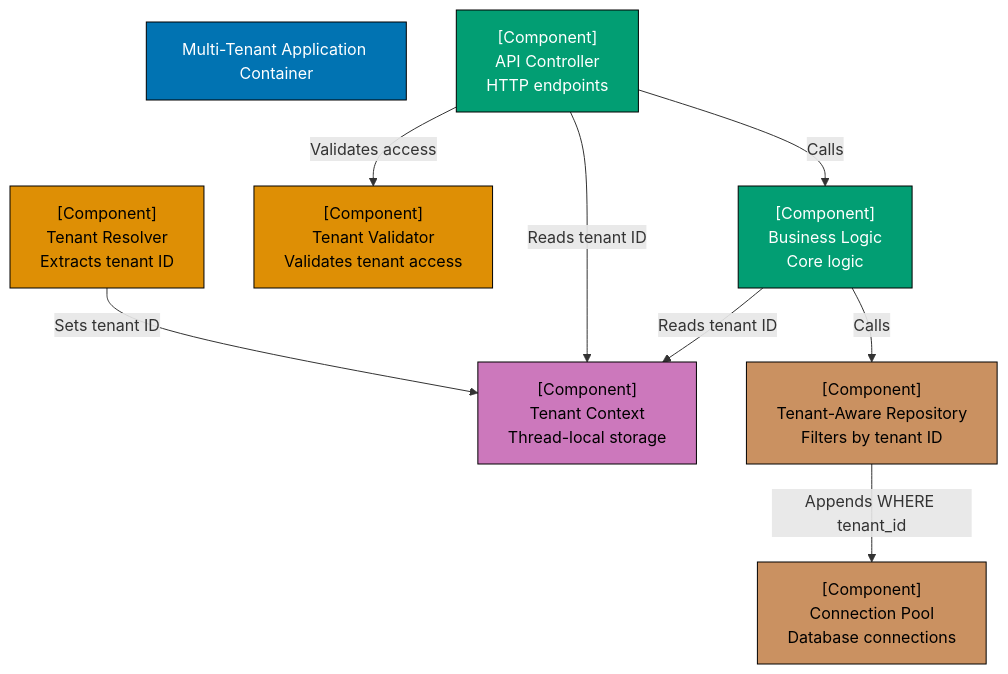
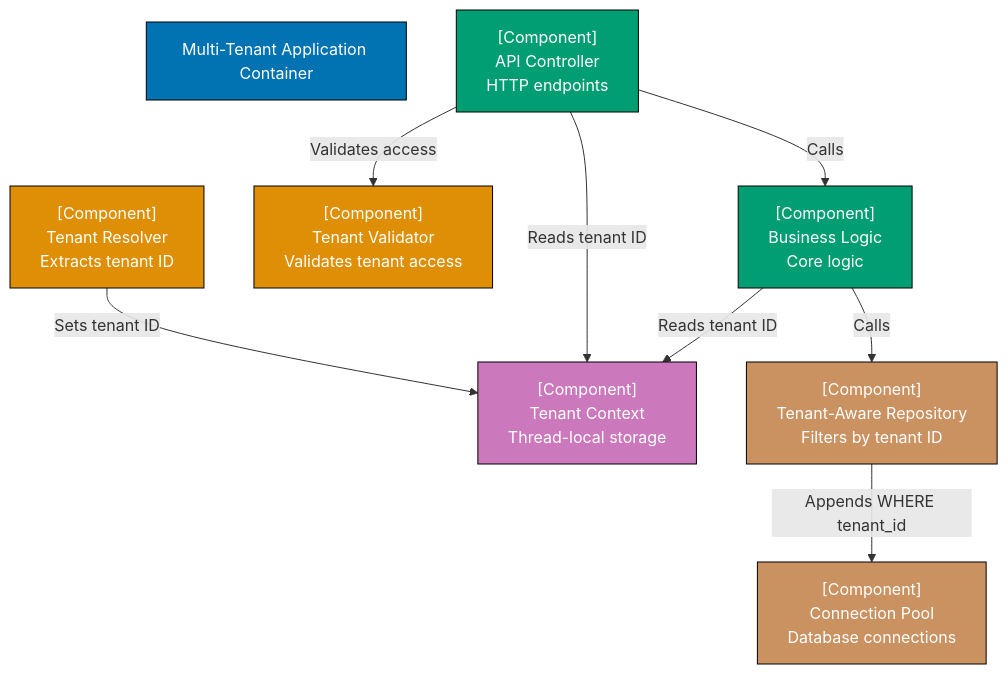
One commit to wahidyankf/open-sharia-enterprise changed the eighth of 30 diagrams in apps/ayokoding-web/content/en/learn/software-engineering/architecture/c4-architecture-model/by-example/intermediate.md. Above: the diagram before and after it, drawn with Mermaid. The commit also changed other lines of this file and 61 other files, not shown here.

First line of the commit message:
fix(ayokoding-web): quote Mermaid node labels with special characters in Example 63

````diff
--- a/apps/ayokoding-web/content/en/learn/software-engineering/architecture/c4-architecture-model/by-example/intermediate.md
+++ b/apps/ayokoding-web/content/en/learn/software-engineering/architecture/c4-architecture-model/by-example/intermediate.md
@@ -416,34 +416,34 @@
 ```mermaid
 graph TD
     MultiTenantApp["Multi-Tenant Application Container"]
 
     TenantResolver["[Component]<br/>Tenant Resolver<br/>Extracts tenant ID"]
     TenantContext["[Component]<br/>Tenant Context<br/>Thread-local storage"]
 
     APIController["[Component]<br/>API Controller<br/>HTTP endpoints"]
 
     TenantValidator["[Component]<br/>Tenant Validator<br/>Validates tenant access"]
 
     BusinessLogic["[Component]<br/>Business Logic<br/>Core logic"]
 
     TenantAwareRepository["[Component]<br/>Tenant-Aware Repository<br/>Filters by tenant ID"]
 
     ConnectionPool["[Component]<br/>Connection Pool<br/>Database connections"]
 
     TenantResolver -->|"Sets tenant ID"| TenantContext
     APIController -->|"Reads tenant ID"| TenantContext
     APIController -->|"Validates access"| TenantValidator
     APIController -->|"Calls"| BusinessLogic
     BusinessLogic -->|"Reads tenant ID"| TenantContext
     BusinessLogic -->|"Calls"| TenantAwareRepository
     TenantAwareRepository -->|"Appends WHERE tenant_id"| ConnectionPool
 
     style MultiTenantApp fill:#0173B2,stroke:#000,color:#fff
-    style TenantResolver fill:#DE8F05,stroke:#000,color:#000
-    style TenantContext fill:#CC78BC,stroke:#000,color:#000
+    style TenantResolver fill:#DE8F05,stroke:#000,color:#fff
+    style TenantContext fill:#CC78BC,stroke:#000,color:#fff
     style APIController fill:#029E73,stroke:#000,color:#fff
-    style TenantValidator fill:#DE8F05,stroke:#000,color:#000
+    style TenantValidator fill:#DE8F05,stroke:#000,color:#fff
     style BusinessLogic fill:#029E73,stroke:#000,color:#fff
-    style TenantAwareRepository fill:#CA9161,stroke:#000,color:#000
-    style ConnectionPool fill:#CA9161,stroke:#000,color:#000
+    style TenantAwareRepository fill:#CA9161,stroke:#000,color:#fff
+    style ConnectionPool fill:#CA9161,stroke:#000,color:#fff
 ```
````
